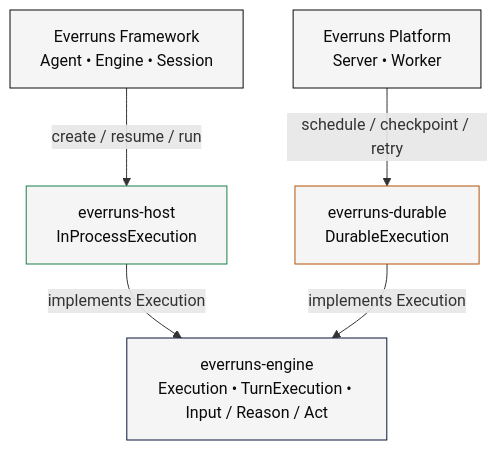
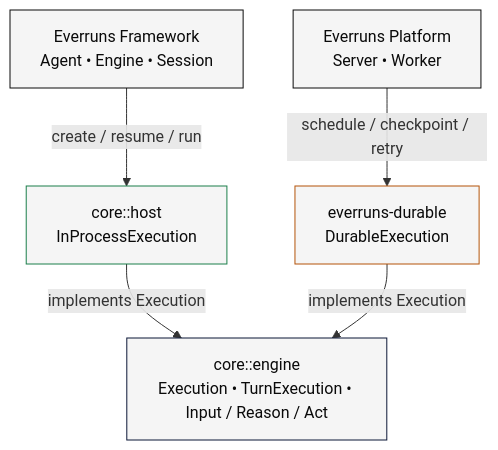
The diagram in docs/framework/architecture.mmd (everruns/everruns), drawn with Mermaid before and after one commit. The commit also changed 73 other files, not shown here.

```diff
--- a/docs/framework/architecture.mmd
+++ b/docs/framework/architecture.mmd
@@ -1,20 +1,20 @@
 flowchart TB
     F["Everruns Framework<br/>Agent • Engine • Session"]
     P["Everruns Platform<br/>Server • Worker"]
-    H["everruns-host<br/>InProcessExecution"]
+    H["core::host<br/>InProcessExecution"]
     D["everruns-durable<br/>DurableExecution"]
-    K["everruns-engine<br/>Execution • TurnExecution • Input / Reason / Act"]
+    K["core::engine<br/>Execution • TurnExecution • Input / Reason / Act"]
 
     F -->|"create / resume / run"| H
     P -->|"schedule / checkpoint / retry"| D
     H -->|"implements Execution"| K
     D -->|"implements Execution"| K
 
     classDef application fill:#F5F5F5,stroke:#0A0A0A,color:#0A0A0A
     classDef immediate fill:#F5F5F5,stroke:#1B7F4B,color:#0A0A0A
     classDef durable fill:#F5F5F5,stroke:#B45309,color:#0A0A0A
     classDef kernel fill:#F5F5F5,stroke:#0A1636,color:#0A0A0A
     class F,P application
     class H immediate
     class D durable
     class K kernel
```
